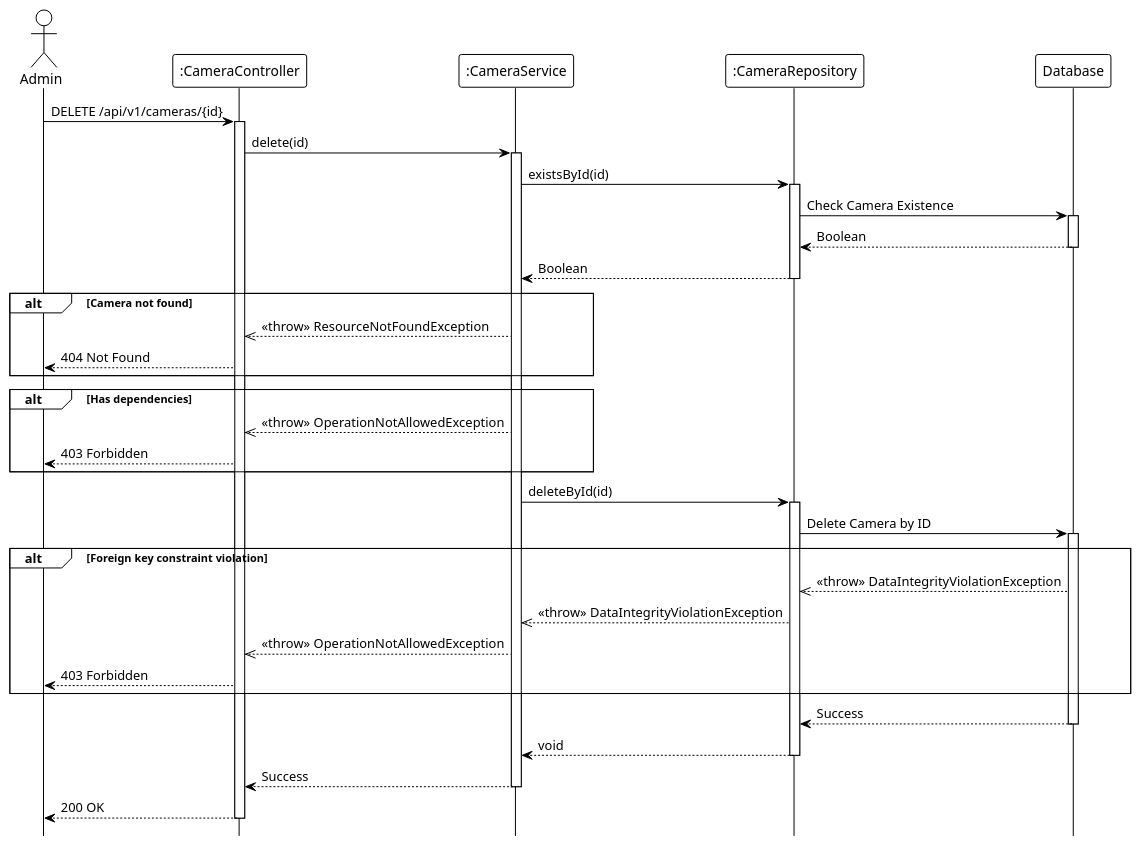
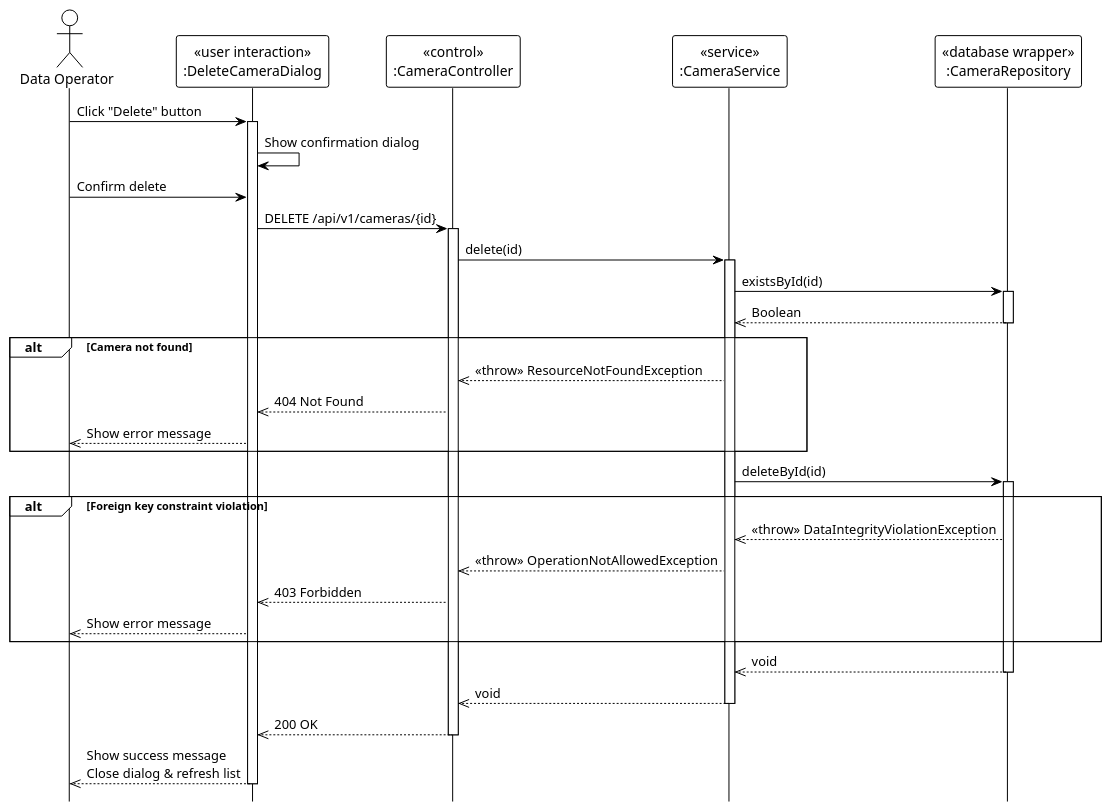
One commit to Ndh474/context changed the diagram in system_detailed_design/65_delete_camera/sequence_diagram_delete_camera.puml. Above: the diagram before and after it, drawn with PlantUML. The commit also changed 6 other files, not shown here.

Commit message:
docs(system_detailed_design): add UML stereotypes to camera sequence diagrams

```diff
--- a/system_detailed_design/65_delete_camera/sequence_diagram_delete_camera.puml
+++ b/system_detailed_design/65_delete_camera/sequence_diagram_delete_camera.puml
@@ -1,66 +1,60 @@
 @startuml delete_camera
 !theme plain
 hide footbox
 
-actor Admin
-participant ":CameraController" as Controller
-participant ":CameraService" as Service
-participant ":CameraRepository" as Repository
-participant "Database" as DB
+actor "Data Operator" as DataOperator
 
-' --- MAIN FLOW ---
-Admin -> Controller: DELETE /api/v1/cameras/{id}
+participant "«user interaction»\n:DeleteCameraDialog" as UI
+participant "«control»\n:CameraController" as Controller
+participant "«service»\n:CameraService" as Service
+participant "«database wrapper»\n:CameraRepository" as Repository
+
+' === MAIN FLOW ===
+DataOperator -> UI: Click "Delete" button
+activate UI
+
+UI -> UI: Show confirmation dialog
+
+DataOperator -> UI: Confirm delete
+UI -> Controller: DELETE /api/v1/cameras/{id}
 activate Controller
 
 Controller -> Service: delete(id)
 activate Service
 
+' === CHECK EXISTENCE ===
 Service -> Repository: existsById(id)
 activate Repository
-
-Repository -> DB: Check Camera Existence
-activate DB
-DB --> Repository: Boolean
-deactivate DB
-
-Repository --> Service: Boolean
+Repository -->> Service: Boolean
 deactivate Repository
 
 alt Camera not found
     Service -->> Controller: <<throw>> ResourceNotFoundException
-    Controller --> Admin: 404 Not Found
+    Controller -->> UI: 404 Not Found
+    UI -->> DataOperator: Show error message
 end
 
-' Validation logic (internal: check active slots)
-
-alt Has dependencies
-    Service -->> Controller: <<throw>> OperationNotAllowedException
-    Controller --> Admin: 403 Forbidden
-end
-
+' === DELETE OPERATION ===
 Service -> Repository: deleteById(id)
 activate Repository
 
-Repository -> DB: Delete Camera by ID
-activate DB
-
 alt Foreign key constraint violation
-    DB -->> Repository: <<throw>> DataIntegrityViolationException
     Repository -->> Service: <<throw>> DataIntegrityViolationException
     Service -->> Controller: <<throw>> OperationNotAllowedException
-    Controller --> Admin: 403 Forbidden
+    Controller -->> UI: 403 Forbidden
+    UI -->> DataOperator: Show error message
 end
 
-DB --> Repository: Success
-deactivate DB
-
-Repository --> Service: void
+Repository -->> Service: void
 deactivate Repository
 
-Service --> Controller: Success
+Service -->> Controller: void
 deactivate Service
 
-Controller --> Admin: 200 OK
+Controller -->> UI: 200 OK
 deactivate Controller
 
+UI -->> DataOperator: Show success message\nClose dialog & refresh list
+deactivate UI
+
 @enduml
```
